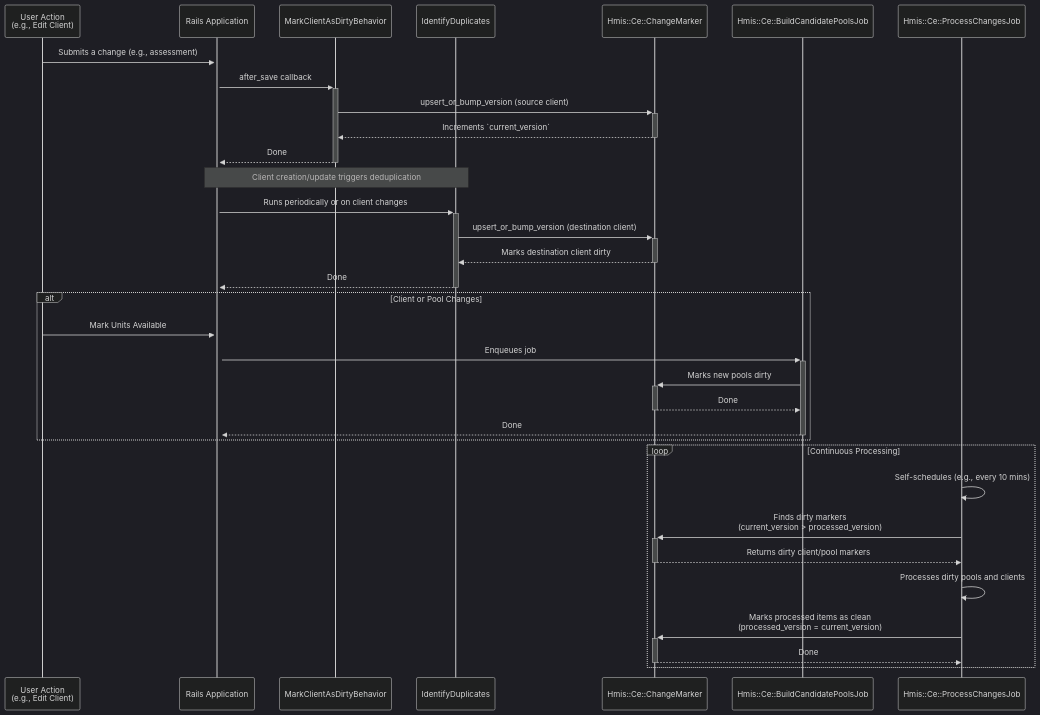
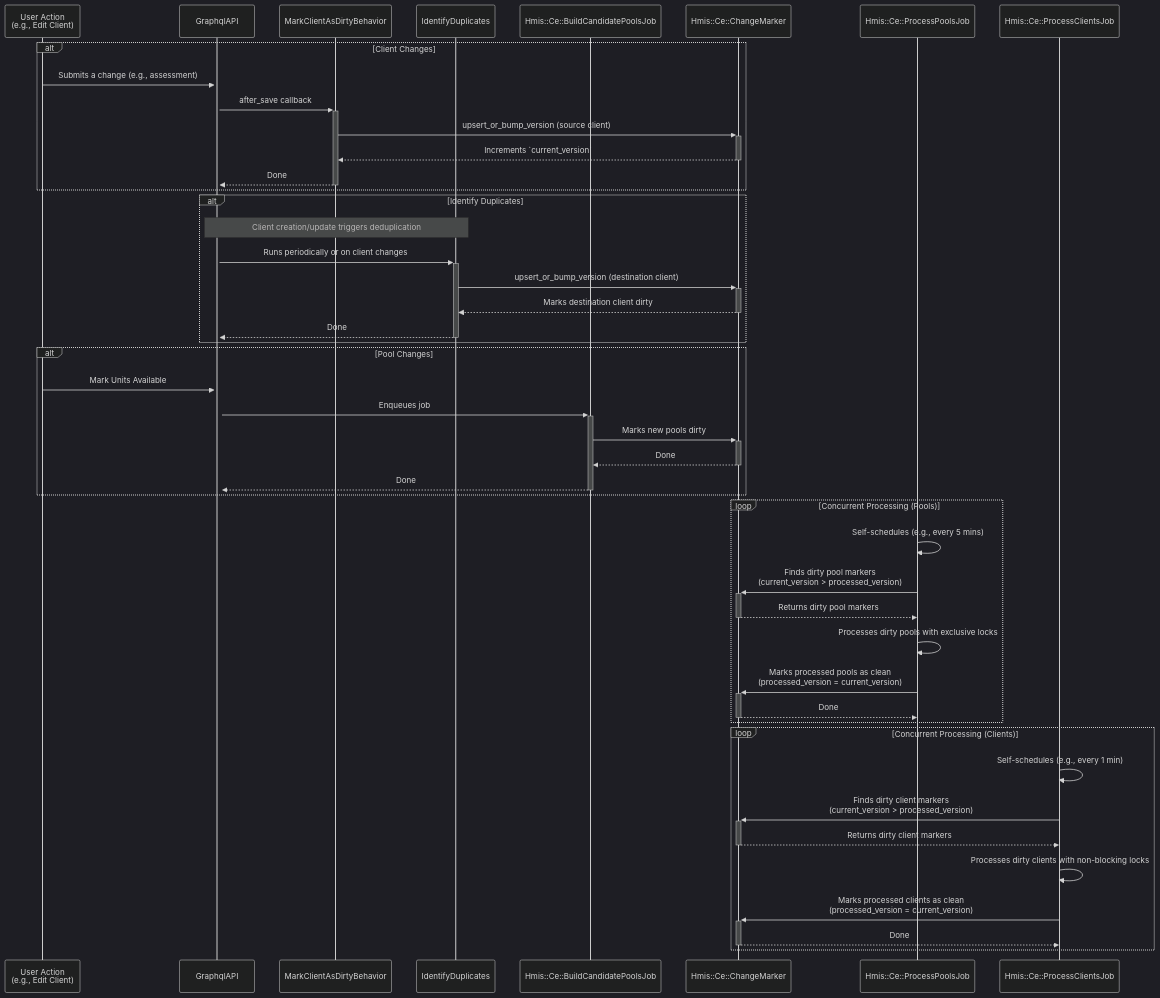
The diagram in drivers/hmis/app/models/hmis/ce/README_FOR_CHANGE_MARKER.md (greenriver/hmis-warehouse), drawn with Mermaid (dark theme) before and after one commit. The commit also changed other lines of this file and 11 other files, not shown here.

````diff
--- a/drivers/hmis/app/models/hmis/ce/README_FOR_CHANGE_MARKER.md
+++ b/drivers/hmis/app/models/hmis/ce/README_FOR_CHANGE_MARKER.md
@@ -22,39 +23,55 @@
 ```mermaid
+
+
 sequenceDiagram
     participant UserAction as User Action<br/>(e.g., Edit Client)
-    participant RailsApp as Rails Application
+    participant GraphqlAPI as GraphqlAPI
     participant MarkClientAsDirtyBehavior as MarkClientAsDirtyBehavior
     participant IdentifyDuplicates as IdentifyDuplicates
+    participant BuildCandidatePoolsJob as Hmis::Ce::BuildCandidatePoolsJob
     participant ChangeMarker as Hmis::Ce::ChangeMarker
-    participant BuildCandidatePoolsJob as Hmis::Ce::BuildCandidatePoolsJob
-    participant ProcessChangesJob as Hmis::Ce::ProcessChangesJob
+    participant ProcessPoolsJob as Hmis::Ce::ProcessPoolsJob
+    participant ProcessClientsJob as Hmis::Ce::ProcessClientsJob
 
-    UserAction->>+RailsApp: Submits a change (e.g., assessment)
-    RailsApp->>+MarkClientAsDirtyBehavior: after_save callback
-    MarkClientAsDirtyBehavior->>+ChangeMarker: upsert_or_bump_version (source client)
-    ChangeMarker-->>-MarkClientAsDirtyBehavior: Increments `current_version`
-    MarkClientAsDirtyBehavior-->>-RailsApp: Done
+    alt Client Changes
+      UserAction->>+GraphqlAPI: Submits a change (e.g., assessment)
+      GraphqlAPI->>+MarkClientAsDirtyBehavior: after_save callback
+      MarkClientAsDirtyBehavior->>+ChangeMarker: upsert_or_bump_version (source client)
+      ChangeMarker-->>-MarkClientAsDirtyBehavior: Increments `current_version`
+      MarkClientAsDirtyBehavior-->>-GraphqlAPI: Done
+    end
 
-    Note over RailsApp,IdentifyDuplicates: Client creation/update triggers deduplication
-    RailsApp->>+IdentifyDuplicates: Runs periodically or on client changes
+    alt Identify Duplicates
+    Note over GraphqlAPI,IdentifyDuplicates: Client creation/update triggers deduplication
+    GraphqlAPI->>+IdentifyDuplicates: Runs periodically or on client changes
     IdentifyDuplicates->>+ChangeMarker: upsert_or_bump_version (destination client)
     ChangeMarker-->>-IdentifyDuplicates: Marks destination client dirty
-    IdentifyDuplicates-->>-RailsApp: Done
+    IdentifyDuplicates-->>-GraphqlAPI: Done
+    end
 
-    alt Client or Pool Changes
-        UserAction->>+RailsApp: Mark Units Available
-        RailsApp->>+BuildCandidatePoolsJob: Enqueues job
+    alt Pool Changes
+        UserAction->>+GraphqlAPI: Mark Units Available
+        GraphqlAPI->>+BuildCandidatePoolsJob: Enqueues job
         BuildCandidatePoolsJob->>+ChangeMarker: Marks new pools dirty
         ChangeMarker-->>-BuildCandidatePoolsJob: Done
-        BuildCandidatePoolsJob-->>-RailsApp: Done
+        BuildCandidatePoolsJob-->>-GraphqlAPI: Done
     end
 
-    loop Continuous Processing
-        ProcessChangesJob->>ProcessChangesJob: Self-schedules (e.g., every 10 mins)
-        ProcessChangesJob->>+ChangeMarker: Finds dirty markers <br/> (current_version > processed_version)
-        ChangeMarker-->>-ProcessChangesJob: Returns dirty client/pool markers
-        ProcessChangesJob->>ProcessChangesJob: Processes dirty pools and clients
-        ProcessChangesJob->>+ChangeMarker: Marks processed items as clean <br/> (processed_version = current_version)
-        ChangeMarker-->>-ProcessChangesJob: Done
+    loop Concurrent Processing (Pools)
+        ProcessPoolsJob->>ProcessPoolsJob: Self-schedules (e.g., every 5 mins)
+        ProcessPoolsJob->>+ChangeMarker: Finds dirty pool markers <br/> (current_version > processed_version)
+        ChangeMarker-->>-ProcessPoolsJob: Returns dirty pool markers
+        ProcessPoolsJob->>ProcessPoolsJob: Processes dirty pools with exclusive locks
+        ProcessPoolsJob->>+ChangeMarker: Marks processed pools as clean <br/> (processed_version = current_version)
+        ChangeMarker-->>-ProcessPoolsJob: Done
+    end
+
+    loop Concurrent Processing (Clients)
+        ProcessClientsJob->>ProcessClientsJob: Self-schedules (e.g., every 1 min)
+        ProcessClientsJob->>+ChangeMarker: Finds dirty client markers <br/> (current_version > processed_version)
+        ChangeMarker-->>-ProcessClientsJob: Returns dirty client markers
+        ProcessClientsJob->>ProcessClientsJob: Processes dirty clients with non-blocking locks
+        ProcessClientsJob->>+ChangeMarker: Marks processed clients as clean <br/> (processed_version = current_version)
+        ChangeMarker-->>-ProcessClientsJob: Done
     end
 ```
````
